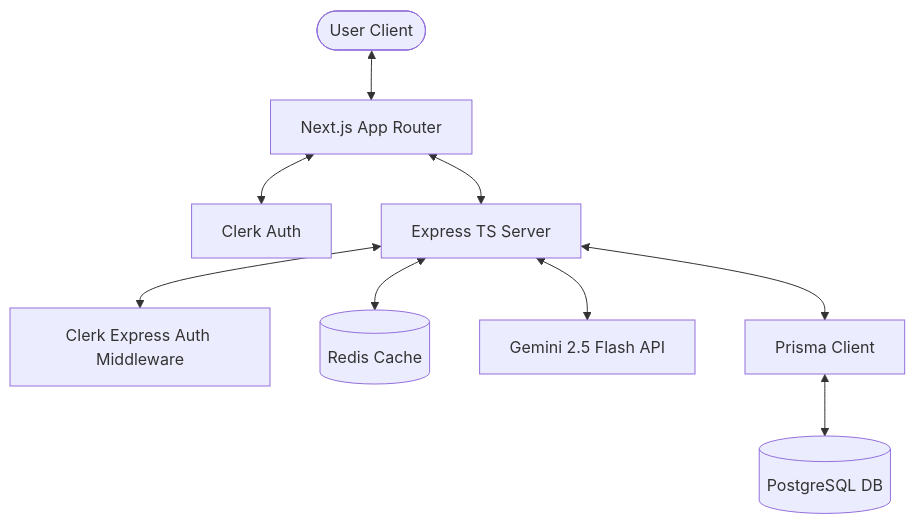
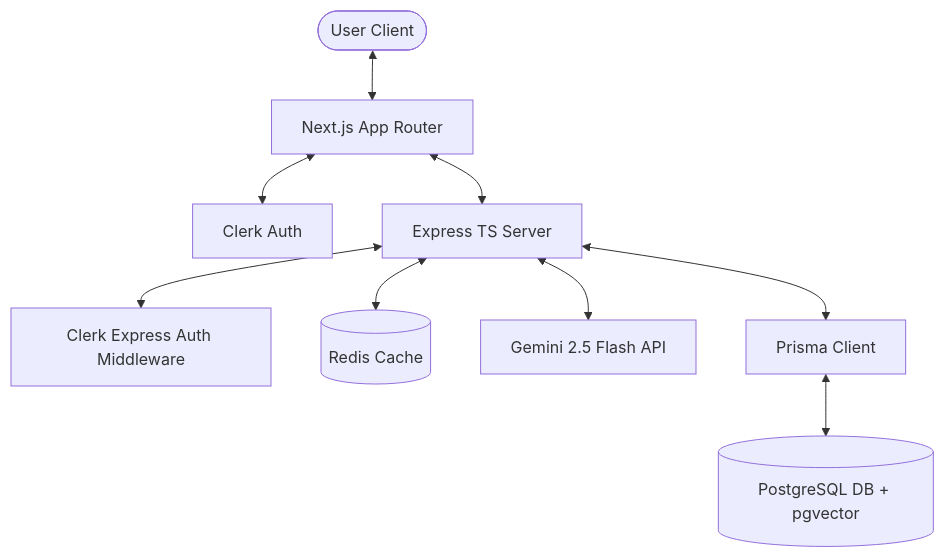
The first of 2 diagrams in README.md (7rikster/Expenser), drawn with Mermaid before and after one commit. The commit also changed other lines of this file and 10 other files, not shown here.

````diff
--- a/README.md
+++ b/README.md
@@ -13,11 +13,11 @@
 ```mermaid
 graph TD
     User([User Client]) <--> NextJS[Next.js App Router]
     NextJS <--> Clerk[Clerk Auth]
     NextJS <--> Server[Express TS Server]
     Server <--> ClerkExpress[Clerk Express Auth Middleware]
     Server <--> Redis[(Redis Cache)]
     Server <--> Gemini[Gemini 2.5 Flash API]
     Server <--> Prisma[Prisma Client]
-    Prisma <--> PG[(PostgreSQL DB)]
+    Prisma <--> PG[(PostgreSQL DB + pgvector)]
 ```
````
